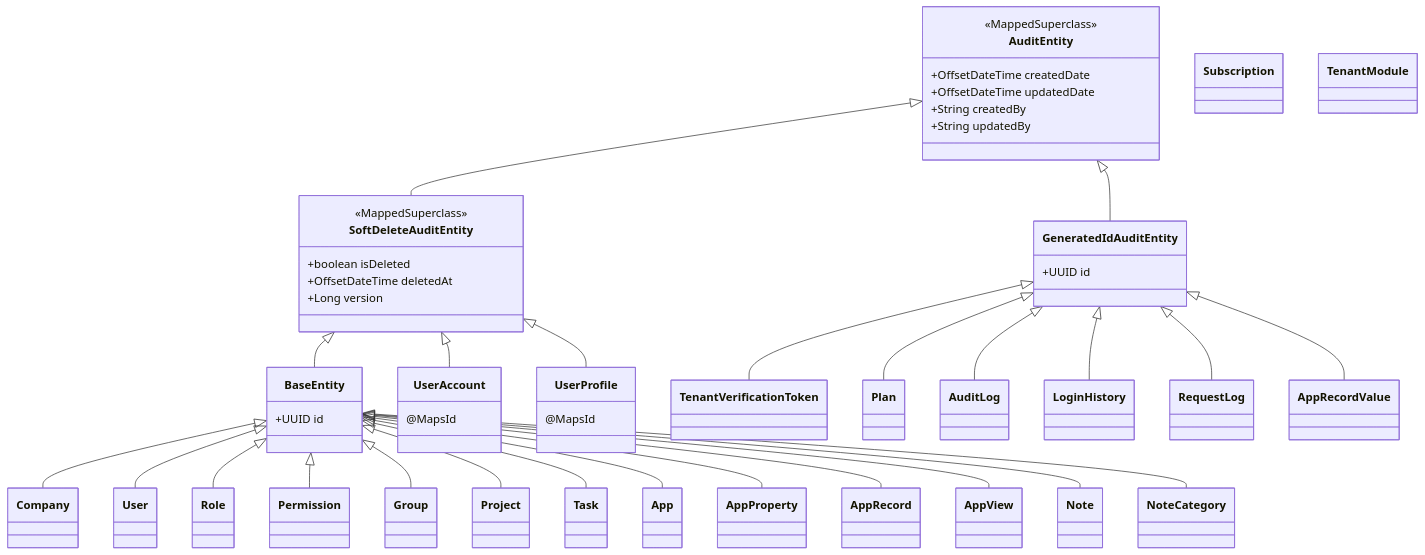
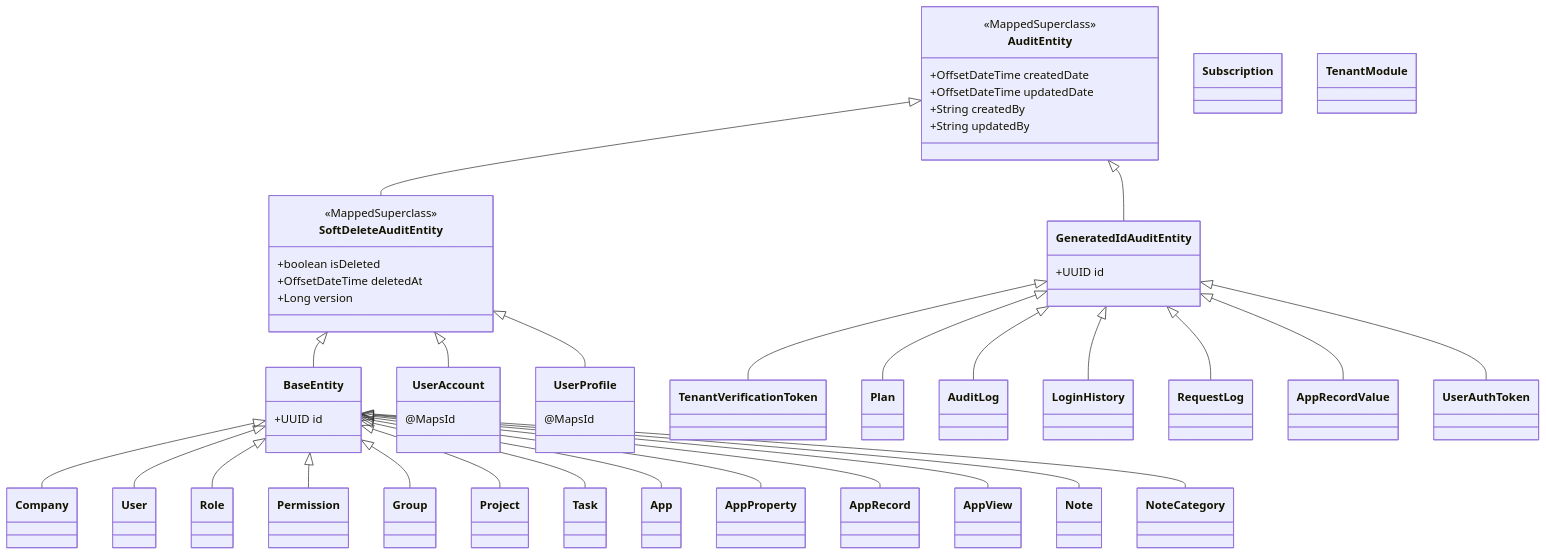
Before and after one commit to ibrhalil/forgesys: the fifth of 5 diagrams in docs/ARCHITECTURE.md, drawn with Mermaid. The commit also changed other lines of this file and 80 other files, not shown here.

````diff
--- a/docs/ARCHITECTURE.md
+++ b/docs/ARCHITECTURE.md
@@ -205,76 +206,77 @@
 ```mermaid
 classDiagram
     class AuditEntity {
         <<MappedSuperclass>>
         +OffsetDateTime createdDate
         +OffsetDateTime updatedDate
         +String createdBy
         +String updatedBy
     }
     class SoftDeleteAuditEntity {
         <<MappedSuperclass>>
         +boolean isDeleted
         +OffsetDateTime deletedAt
         +Long version
     }
     class BaseEntity {
         +UUID id
     }
     class GeneratedIdAuditEntity {
         +UUID id
     }
 
     AuditEntity <|-- SoftDeleteAuditEntity
     AuditEntity <|-- GeneratedIdAuditEntity
     SoftDeleteAuditEntity <|-- BaseEntity
 
     class Company
     class User
     class UserAccount {
         @MapsId
     }
     class UserProfile {
         @MapsId
     }
     class Role
     class Permission
     class Group
     class TenantVerificationToken
     class Plan
     class Subscription
     class TenantModule
     class Project
     class Task
     class AuditLog
     class LoginHistory
     class RequestLog
     class App
     class AppProperty
     class AppRecord
     class AppRecordValue
     class AppView
     class Note
     class NoteCategory
 
     BaseEntity <|-- Company
     BaseEntity <|-- User
     BaseEntity <|-- Role
     BaseEntity <|-- Permission
     BaseEntity <|-- Group
     BaseEntity <|-- Project
     BaseEntity <|-- Task
     BaseEntity <|-- App
     BaseEntity <|-- AppProperty
     BaseEntity <|-- AppRecord
     BaseEntity <|-- AppView
     BaseEntity <|-- Note
     BaseEntity <|-- NoteCategory
     SoftDeleteAuditEntity <|-- UserAccount
     SoftDeleteAuditEntity <|-- UserProfile
     GeneratedIdAuditEntity <|-- TenantVerificationToken
+    GeneratedIdAuditEntity <|-- UserAuthToken
     GeneratedIdAuditEntity <|-- Plan
     GeneratedIdAuditEntity <|-- AuditLog
     GeneratedIdAuditEntity <|-- LoginHistory
     GeneratedIdAuditEntity <|-- RequestLog
     GeneratedIdAuditEntity <|-- AppRecordValue
 ```
````
